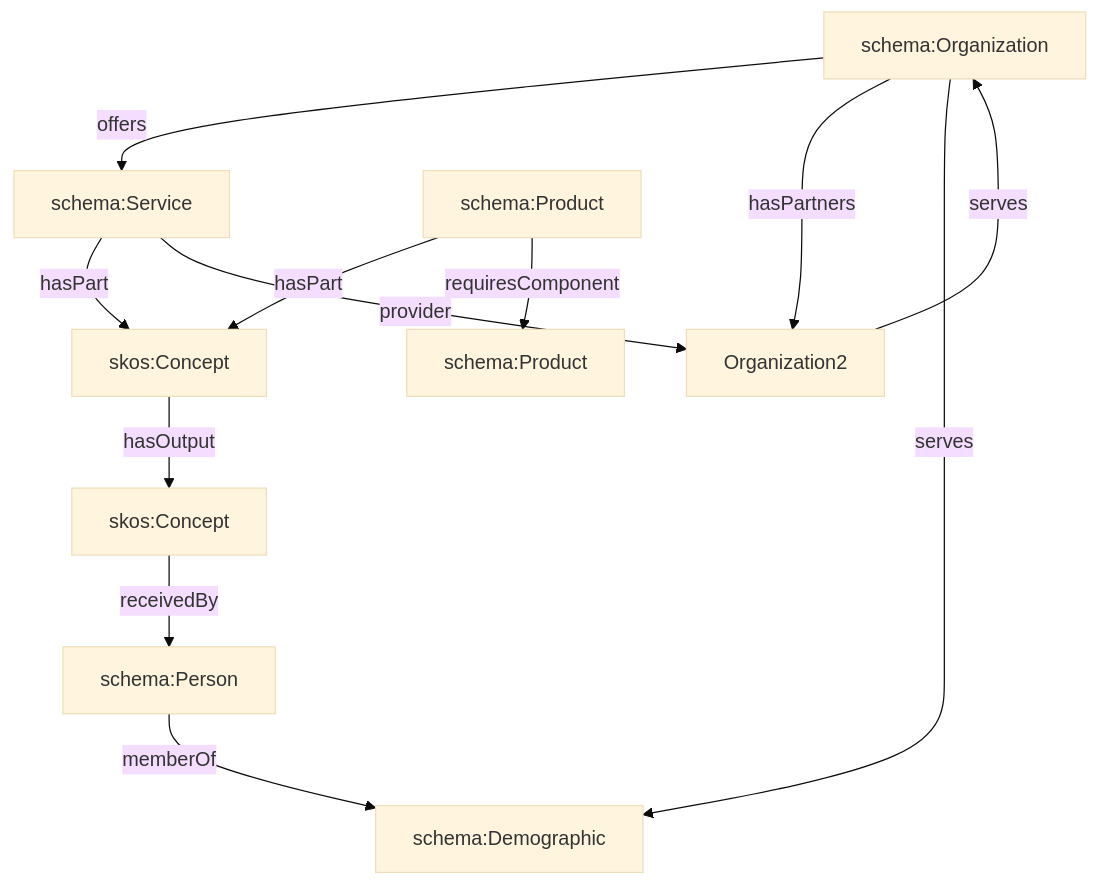
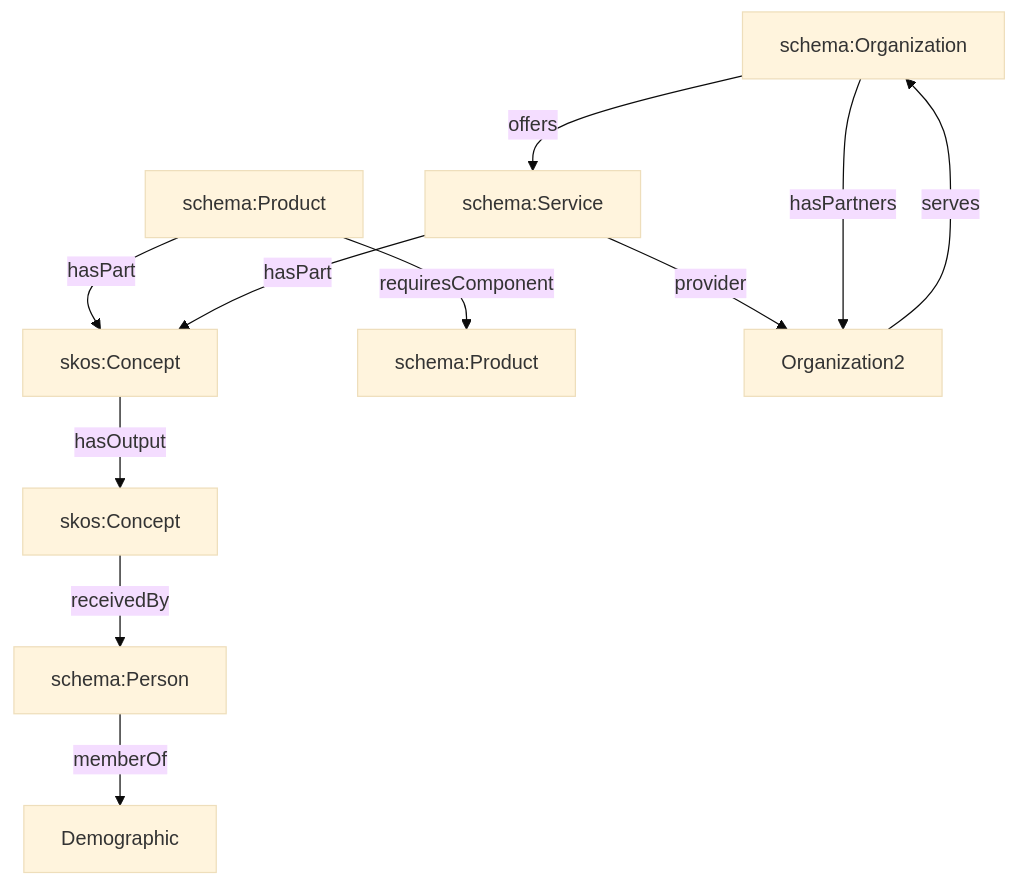
One commit to fact-claims/fact.claims changed the diagram in www/content/paper/index.md. Above: the diagram before and after it, drawn with Mermaid (base theme).

````diff
--- a/www/content/paper/index.md
+++ b/www/content/paper/index.md
@@ -78,14 +78,13 @@
 ```mermaid
 graph TB;
   Organization["schema:Organization"] -->|offers| Services["schema:Service"]
   Products["schema:Product"] -->|hasPart| Features["skos:Concept"]
   Services -->|hasPart| Features
   Products -->|requiresComponent| SupplyChain["schema:Product"]
   Services -->|provider| Organization2
   Features -->|hasOutput| Benefits["skos:Concept"]
   Benefits -->|receivedBy| Customer["schema:Person"]
   Organization -->|hasPartners| Organization2
-  Organization -->|serves| Demographic["schema:Demographic"]
   Organization2 -->|serves| Organization["schema:Organization"]
   Customer -->|memberOf| Demographic
 ```
````
